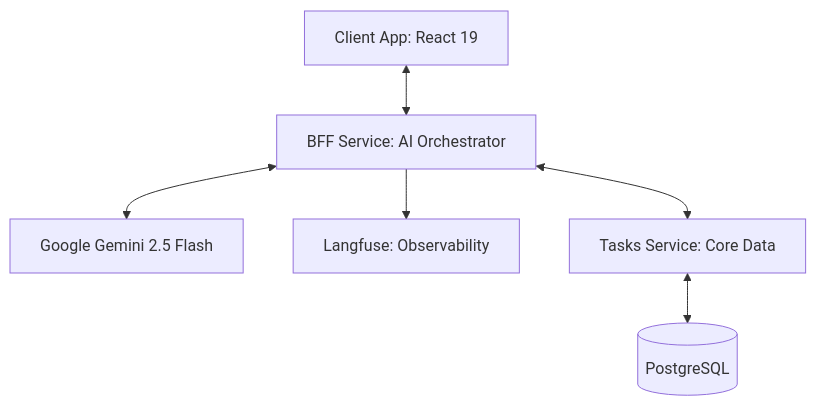
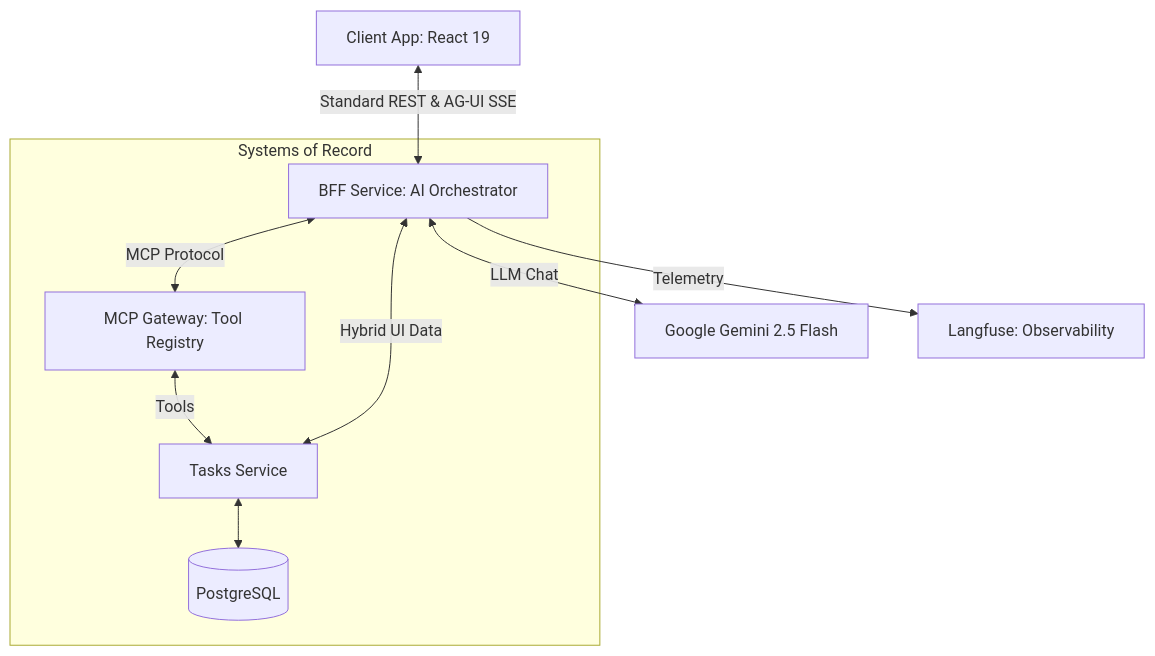
The diagram in README.md (rangorkrobocop/todo-langfuse-app), drawn with Mermaid before and after one commit. The commit also changed other lines of this file, not shown here.

Commit message:
docs: complete rewrite of README to reflect MCP Enterprise Suite architecture

````diff
--- a/README.md
+++ b/README.md
@@ -24,8 +11,13 @@
 ```mermaid
 graph TD
-    Client[Client App: React 19] <--> BFF[BFF Service: AI Orchestrator]
-    BFF <--> Gemini[Google Gemini 2.5 Flash]
-    BFF --> Langfuse[Langfuse: Observability]
-    BFF <--> Tasks[Tasks Service: Core Data]
-    Tasks <--> DB[(PostgreSQL)]
+    Client[Client App: React 19] <-->|Standard REST & AG-UI SSE| BFF[BFF Service: AI Orchestrator]
+    BFF <-->|MCP Protocol| MCP[MCP Gateway: Tool Registry]
+    BFF <-->|LLM Chat| Gemini[Google Gemini 2.5 Flash]
+    BFF -->|Telemetry| Langfuse[Langfuse: Observability]
+    
+    subgraph "Systems of Record"
+        MCP <-->|Tools| Tasks[Tasks Service]
+        BFF <-->|Hybrid UI Data| Tasks
+        Tasks <--> DB[(PostgreSQL)]
+    end
 ```
````
